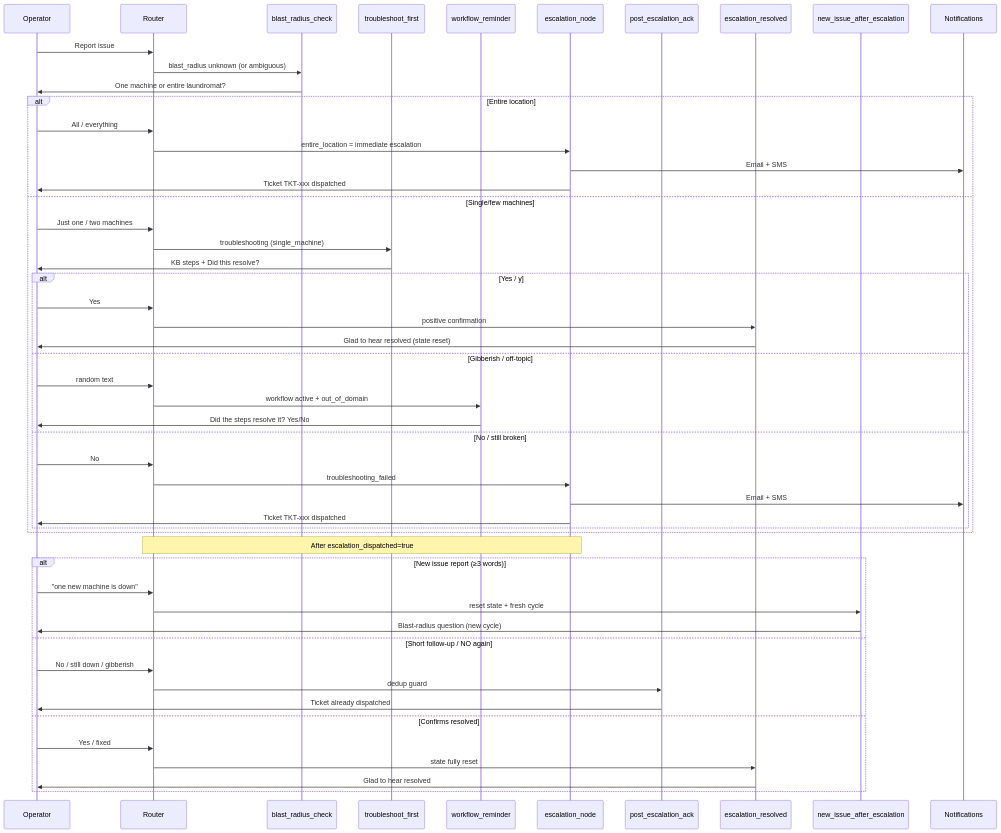
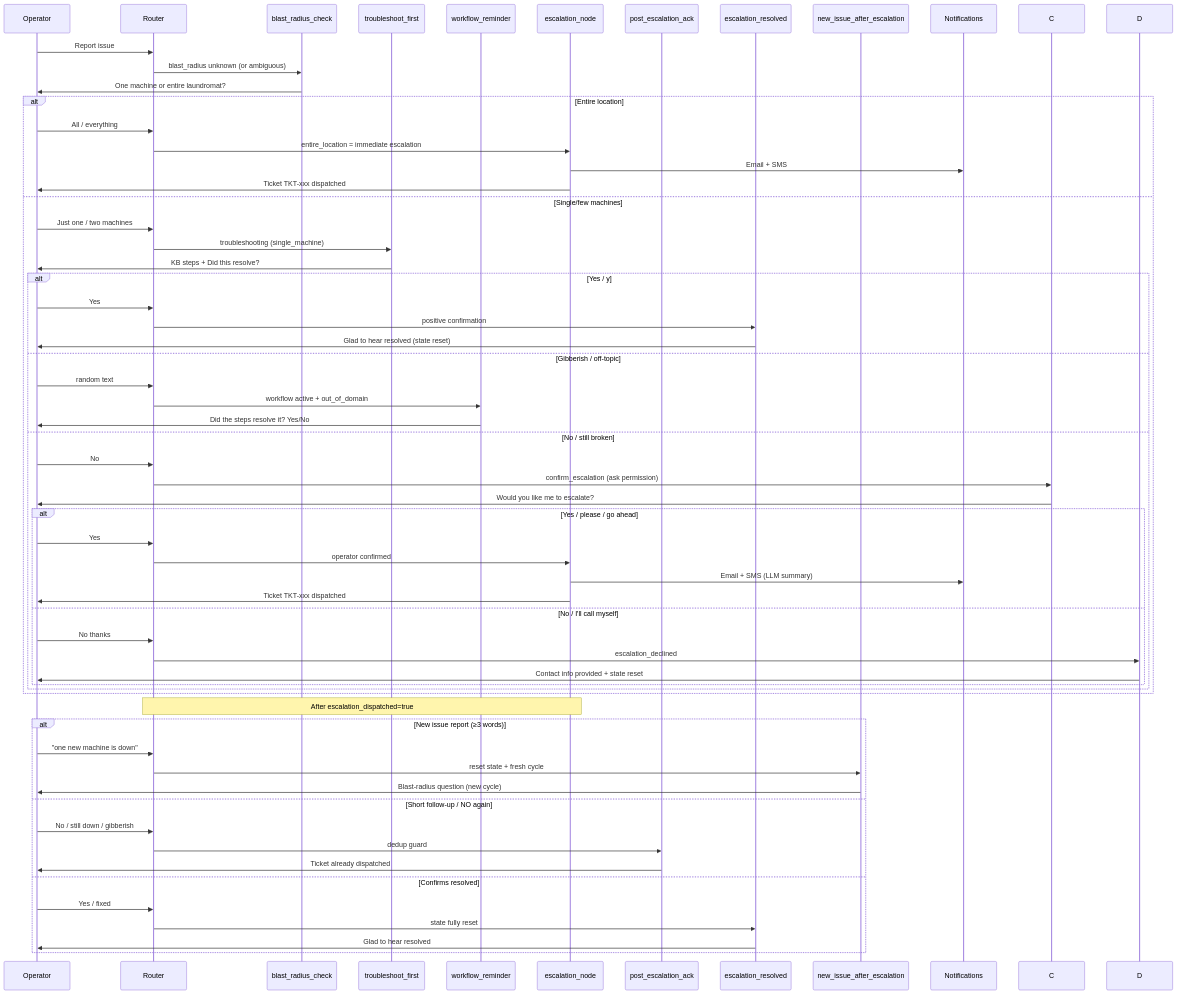
The diagram in docs/ESCALATION_WORKFLOW.md (anupks5942/operator-AI), drawn with Mermaid before and after one commit. The commit also changed other lines of this file and 8 other files, not shown here.

Commit message:
Tiered Escalation Workflow, Professional Email Handoff & Routing Hardening

````diff
--- a/docs/ESCALATION_WORKFLOW.md
+++ b/docs/ESCALATION_WORKFLOW.md
@@ -11,55 +11,64 @@
 ```mermaid
 sequenceDiagram
   participant Op as Operator
   participant R as Router
   participant B as blast_radius_check
   participant T as troubleshoot_first
   participant W as workflow_reminder
   participant E as escalation_node
   participant P as post_escalation_ack
   participant Res as escalation_resolved
   participant New as new_issue_after_escalation
   participant N as Notifications
 
   Op->>R: Report issue
   R->>B: blast_radius unknown (or ambiguous)
   B->>Op: One machine or entire laundromat?
   alt Entire location
     Op->>R: All / everything
     R->>E: entire_location = immediate escalation
     E->>N: Email + SMS
     E->>Op: Ticket TKT-xxx dispatched
   else Single/few machines
     Op->>R: Just one / two machines
     R->>T: troubleshooting (single_machine)
     T->>Op: KB steps + Did this resolve?
     alt Yes / y
       Op->>R: Yes
       R->>Res: positive confirmation
       Res->>Op: Glad to hear resolved (state reset)
     else Gibberish / off-topic
       Op->>R: random text
       R->>W: workflow active + out_of_domain
       W->>Op: Did the steps resolve it? Yes/No
     else No / still broken
       Op->>R: No
-      R->>E: troubleshooting_failed
-      E->>N: Email + SMS
-      E->>Op: Ticket TKT-xxx dispatched
+      R->>C: confirm_escalation (ask permission)
+      C->>Op: Would you like me to escalate?
+      alt Yes / please / go ahead
+        Op->>R: Yes
+        R->>E: operator confirmed
+        E->>N: Email + SMS (LLM summary)
+        E->>Op: Ticket TKT-xxx dispatched
+      else No / I'll call myself
+        Op->>R: No thanks
+        R->>D: escalation_declined
+        D->>Op: Contact info provided + state reset
+      end
     end
   end
   Note over R,E: After escalation_dispatched=true
   alt New issue report (≥3 words)
     Op->>R: "one new machine is down"
     R->>New: reset state + fresh cycle
     New->>Op: Blast-radius question (new cycle)
   else Short follow-up / NO again
     Op->>R: No / still down / gibberish
     R->>P: dedup guard
     P->>Op: Ticket already dispatched
   else Confirms resolved
     Op->>R: Yes / fixed
     R->>Res: state fully reset
     Res->>Op: Glad to hear resolved
   end
 ```
````
